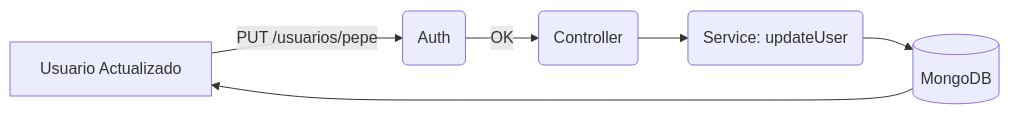
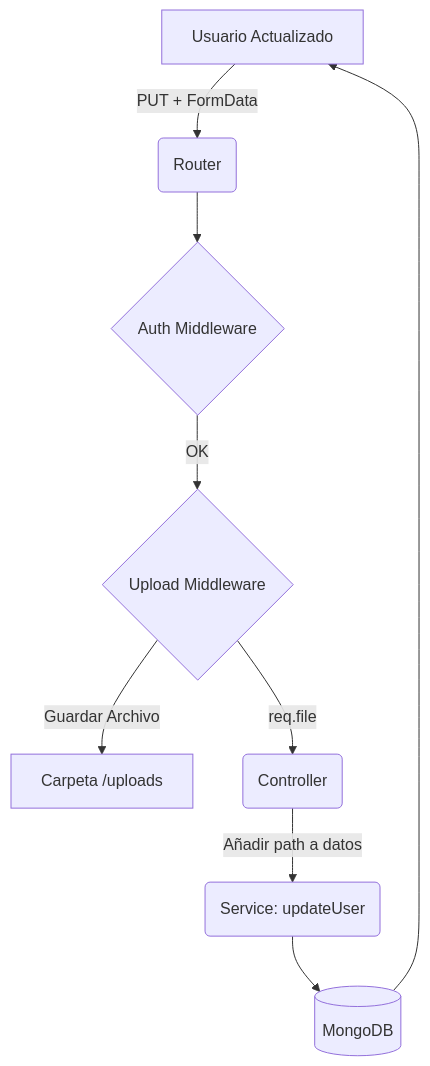
One commit to AlonsoVine/API-GameGestor-TS changed the fifth of 11 diagrams in flujos.md. Above: the diagram before and after it, drawn with Mermaid. The commit also changed other lines of this file and 13 other files, not shown here.

````diff
--- a/flujos.md
+++ b/flujos.md
@@ -151,8 +171,11 @@
 ```mermaid
-graph LR
-    A[Cliente] -->|PUT /usuarios/pepe| B(Auth)
-    B -- OK --> C(Controller)
-    C --> D(Service: updateUser)
-    D --> E[(MongoDB)]
-    E --> A[Usuario Actualizado]
+graph TD
+    A[Cliente] -->|PUT + FormData| B(Router)
+    B --> C{Auth Middleware}
+    C -- OK --> D{Upload Middleware}
+    D -->|Guardar Archivo| E[Carpeta /uploads]
+    D -->|req.file| F(Controller)
+    F -->|Añadir path a datos| G(Service: updateUser)
+    G --> H[(MongoDB)]
+    H --> A[Usuario Actualizado]
 ```
````
